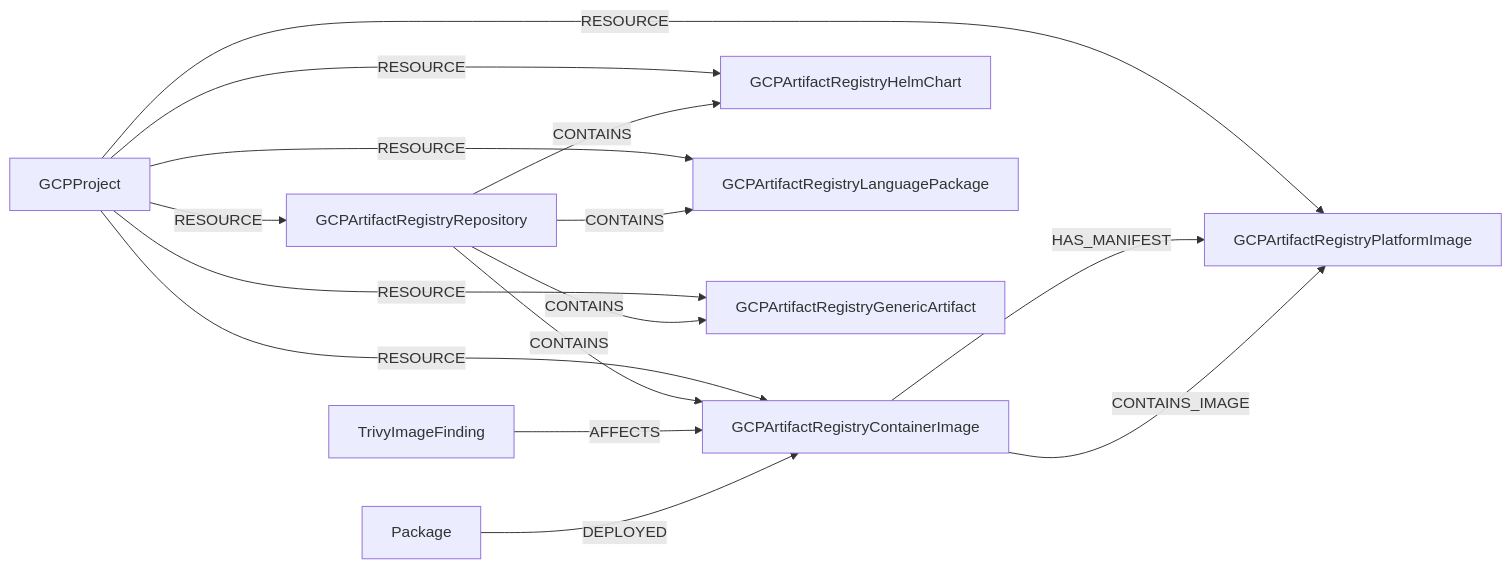
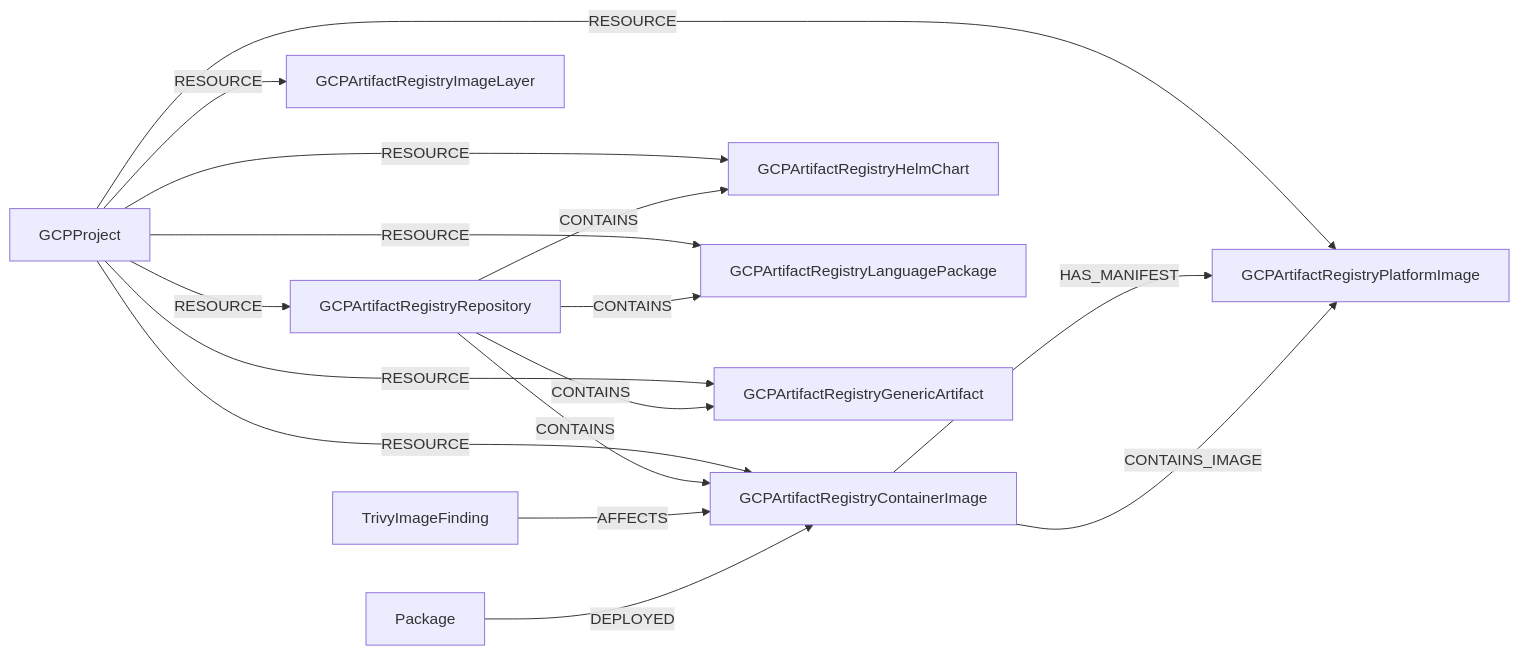
One commit to sec-js/cartography changed the first of 2 diagrams in docs/root/modules/gcp/schema.md. Above: the diagram before and after it, drawn with Mermaid. The commit also changed other lines of this file and 12 other files, not shown here.

````diff
--- a/docs/root/modules/gcp/schema.md
+++ b/docs/root/modules/gcp/schema.md
@@ -1514,27 +1514,29 @@
 ```mermaid
 graph LR
     Project[GCPProject]
     Repository[GCPArtifactRegistryRepository]
     ContainerImage[GCPArtifactRegistryContainerImage]
     HelmChart[GCPArtifactRegistryHelmChart]
     LanguagePackage[GCPArtifactRegistryLanguagePackage]
     GenericArtifact[GCPArtifactRegistryGenericArtifact]
     PlatformImage[GCPArtifactRegistryPlatformImage]
+    ImageLayer[GCPArtifactRegistryImageLayer]
     TrivyFinding[TrivyImageFinding]
     Package[Package]
 
     Project -->|RESOURCE| Repository
     Project -->|RESOURCE| ContainerImage
     Project -->|RESOURCE| HelmChart
     Project -->|RESOURCE| LanguagePackage
     Project -->|RESOURCE| GenericArtifact
     Project -->|RESOURCE| PlatformImage
+    Project -->|RESOURCE| ImageLayer
     Repository -->|CONTAINS| ContainerImage
     Repository -->|CONTAINS| HelmChart
     Repository -->|CONTAINS| LanguagePackage
     Repository -->|CONTAINS| GenericArtifact
     ContainerImage -->|HAS_MANIFEST| PlatformImage
     ContainerImage -->|CONTAINS_IMAGE| PlatformImage
     TrivyFinding -->|AFFECTS| ContainerImage
     Package -->|DEPLOYED| ContainerImage
 ```
````
